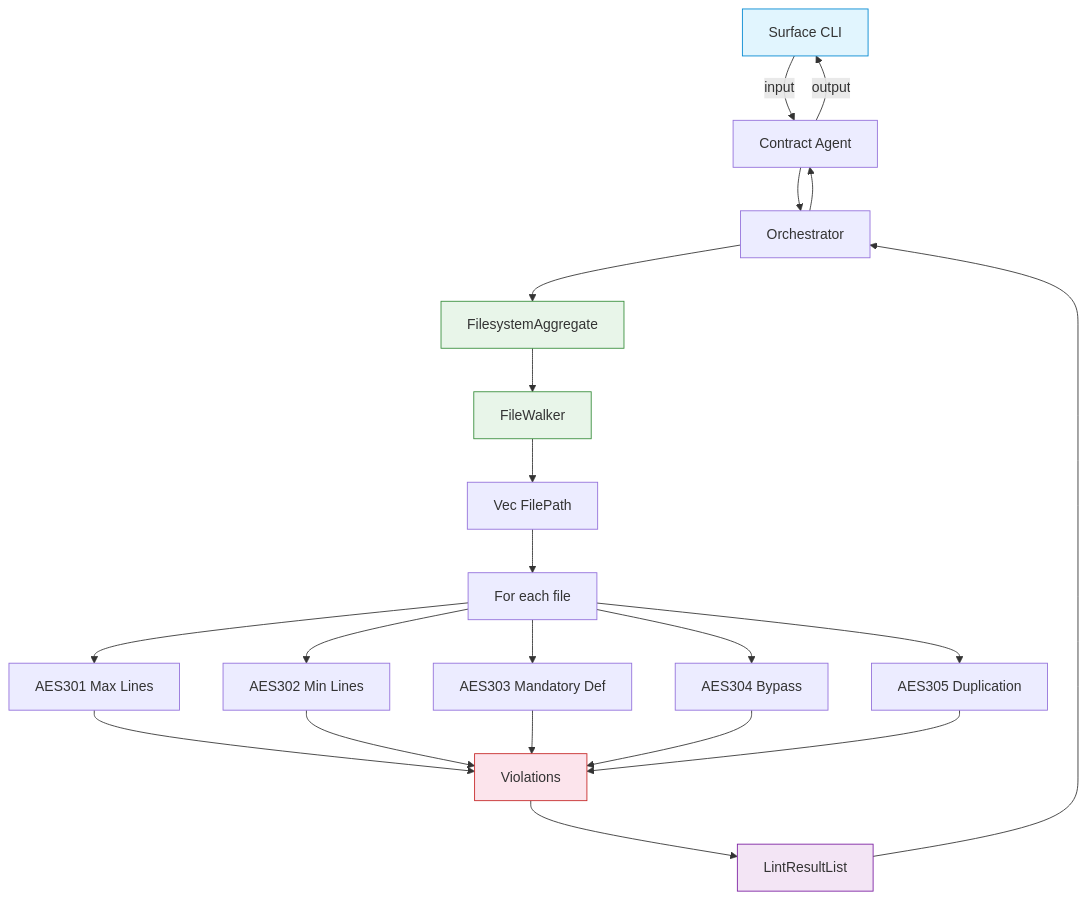
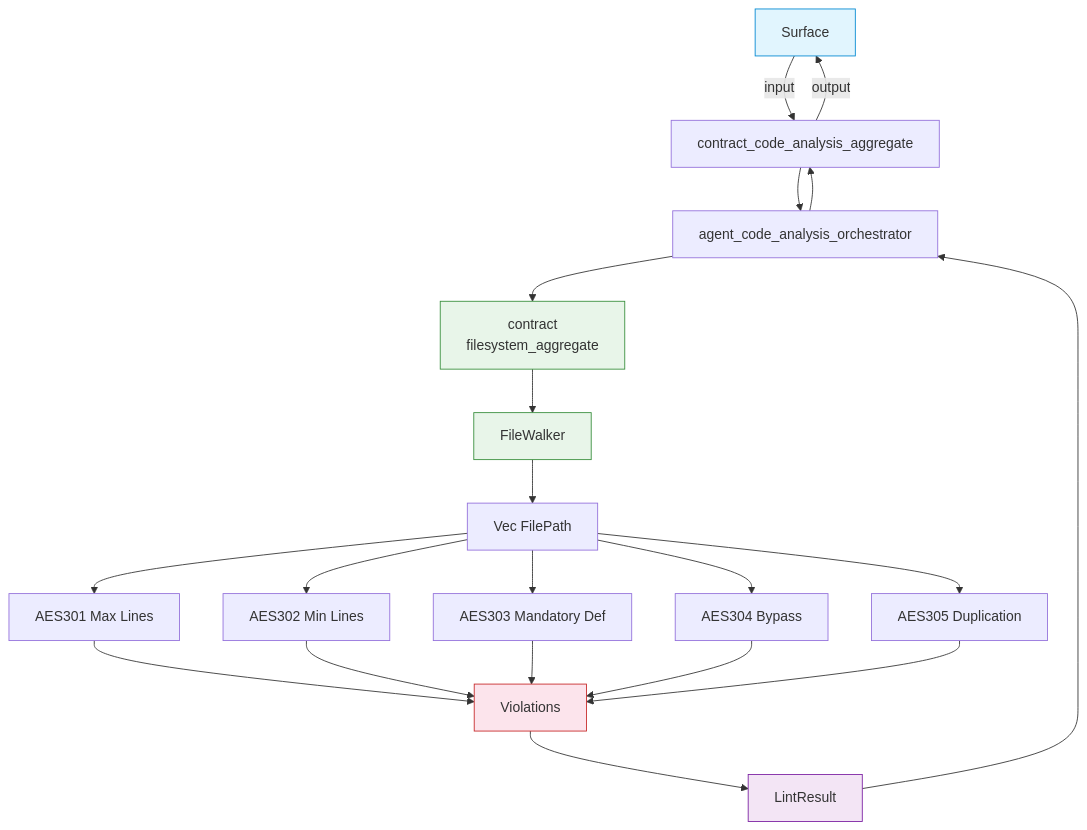
One commit to rakaarwaky/lint-arwaky changed the diagram in crates/code-analysis/FRD.md. Above: the diagram before and after it, drawn with Mermaid. The commit also changed other lines of this file and 4 other files, not shown here.

First line of the commit message:
docs: align all 5 FRD mermaid to naming-rules style

````diff
--- a/crates/code-analysis/FRD.md
+++ b/crates/code-analysis/FRD.md
@@ -9,29 +9,29 @@
 ```mermaid
 flowchart TD
-    A["Surface CLI"] -->|input| B["Contract Agent"]
-    B --> C["Orchestrator"]
-    C --> D["FilesystemAggregate"]
+    A["Surface"] -->|input| B["contract_code_analysis_aggregate"]
+    B --> C["agent_code_analysis_orchestrator"]
+    C --> D["contract
+            filesystem_aggregate"]
     D --> E["FileWalker"]
-    E --> F["Vec FilePath"]
-    F --> G["For each file"]
+    E --> G["Vec FilePath"]
     G --> H1["AES301 Max Lines"]
     G --> H2["AES302 Min Lines"]
     G --> H3["AES303 Mandatory Def"]
     G --> H4["AES304 Bypass"]
     G --> H5["AES305 Duplication"]
     H1 --> I["Violations"]
     H2 --> I
     H3 --> I
     H4 --> I
     H5 --> I
-    I --> J["LintResultList"]
+    I --> J["LintResult"]
     J --> C
     C --> B
     B -->|output| A
 
     style A fill:#e1f5fe,stroke:#0288d1
     style D fill:#e8f5e9,stroke:#388e3c
     style E fill:#e8f5e9,stroke:#388e3c
     style I fill:#fce4ec,stroke:#c62828
     style J fill:#f3e5f5,stroke:#7b1fa2
 ```
````
